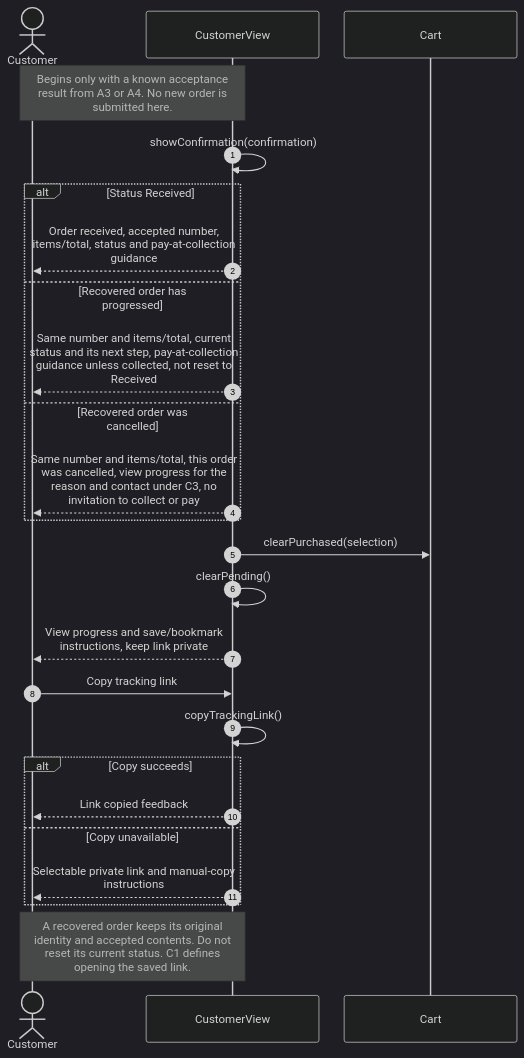
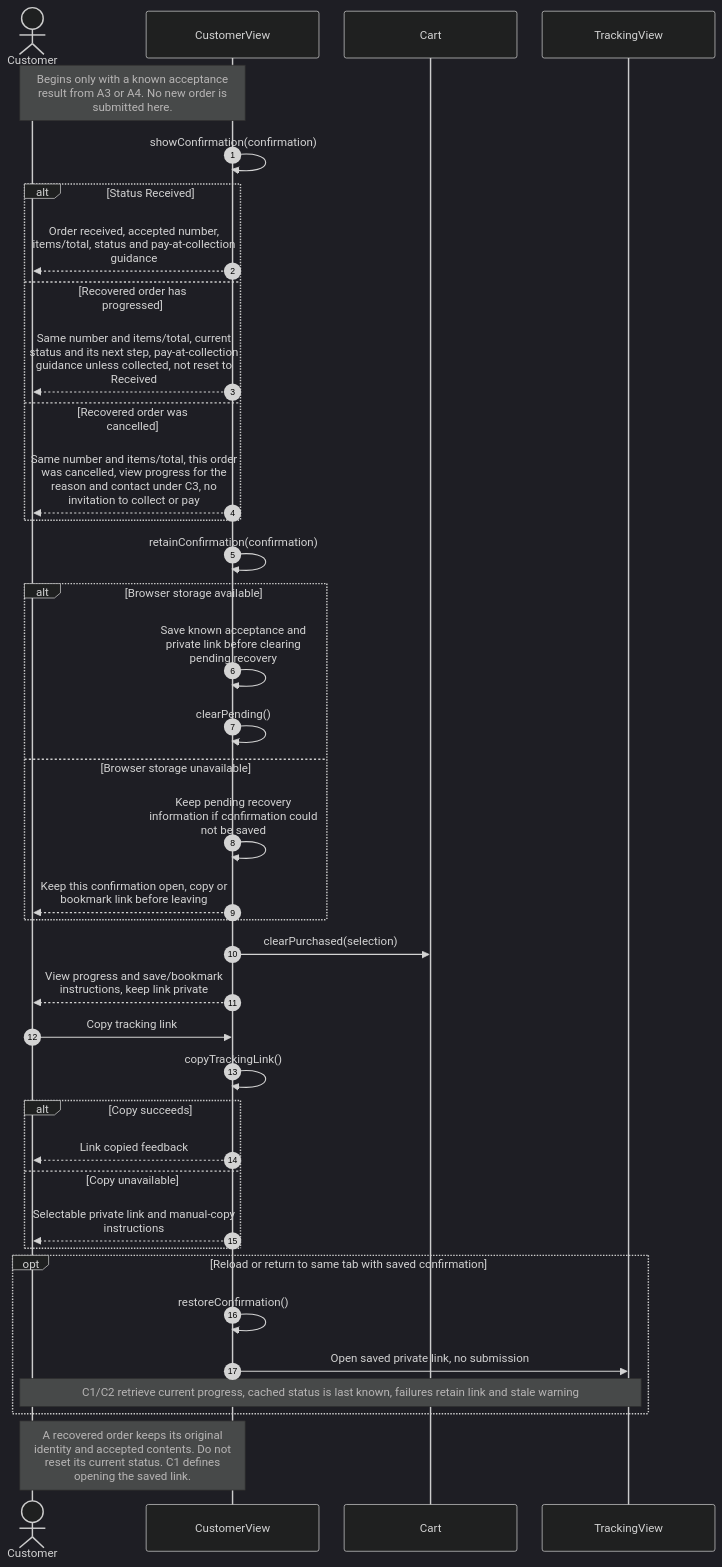
Before and after one commit to axantillon/mesa-tica: the diagram in design/diagrams/A5-confirmation-link.mmd, drawn with Mermaid (dark theme). The commit also changed 14 other files, not shown here.

```diff
--- a/design/diagrams/A5-confirmation-link.mmd
+++ b/design/diagrams/A5-confirmation-link.mmd
@@ -1,26 +1,39 @@
 %%{init: {"sequence": {"wrap": true, "width": 240, "actorMargin": 35}}}%%
 sequenceDiagram
     autonumber
     actor Customer
     participant UI as CustomerView
     participant Cart as Cart
+    participant Tracking as TrackingView
     Note over Customer,UI: Begins only with a known acceptance result from A3 or A4. No new order is submitted here.
     UI->>UI: showConfirmation(confirmation)
     alt Status Received
     UI-->>Customer: Order received, accepted number, items/total, status and pay-at-collection guidance
     else Recovered order has progressed
     UI-->>Customer: Same number and items/total, current status and its next step, pay-at-collection guidance unless collected, not reset to Received
     else Recovered order was cancelled
     UI-->>Customer: Same number and items/total, this order was cancelled, view progress for the reason and contact under C3, no invitation to collect or pay
     end
+    UI->>UI: retainConfirmation(confirmation)
+    alt Browser storage available
+    UI->>UI: Save known acceptance and private link before clearing pending recovery
+    UI->>UI: clearPending()
+    else Browser storage unavailable
+    UI->>UI: Keep pending recovery information if confirmation could not be saved
+    UI-->>Customer: Keep this confirmation open, copy or bookmark link before leaving
+    end
     UI->>Cart: clearPurchased(selection)
-    UI->>UI: clearPending()
     UI-->>Customer: View progress and save/bookmark instructions, keep link private
     Customer->>UI: Copy tracking link
     UI->>UI: copyTrackingLink()
     alt Copy succeeds
     UI-->>Customer: Link copied feedback
     else Copy unavailable
     UI-->>Customer: Selectable private link and manual-copy instructions
     end
+    opt Reload or return to same tab with saved confirmation
+    UI->>UI: restoreConfirmation()
+    UI->>Tracking: Open saved private link, no submission
+    Note over Customer,Tracking: C1/C2 retrieve current progress, cached status is last known, failures retain link and stale warning
+    end
     Note over Customer,UI: A recovered order keeps its original identity and accepted contents. Do not reset its current status. C1 defines opening the saved link.
```
